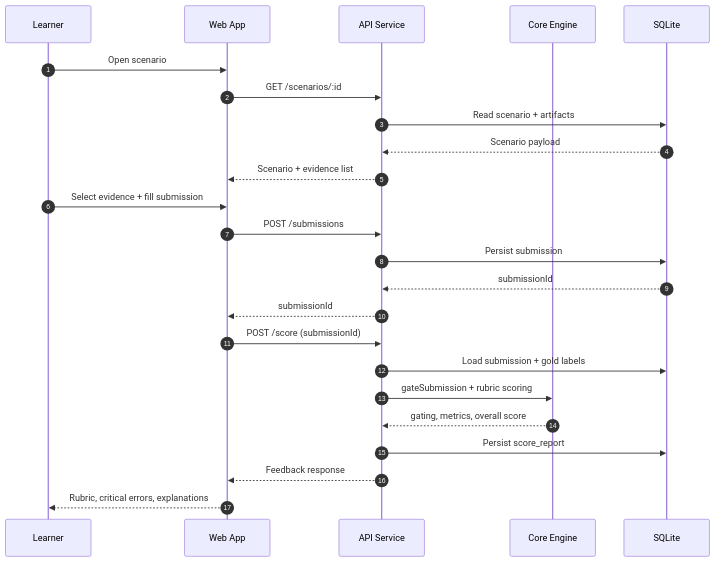
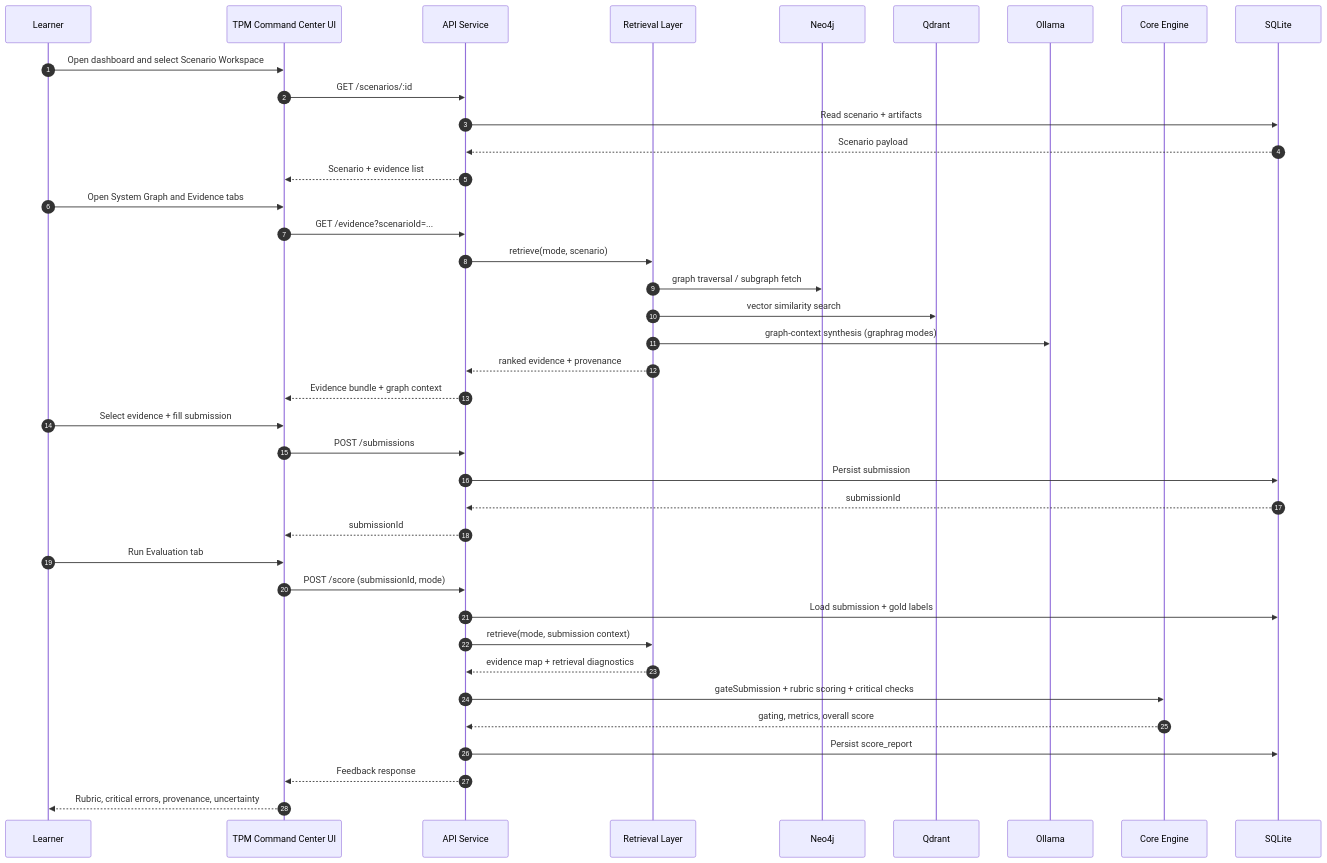
Before and after one commit to asharma3084/OmniMentor-Learning-Platform: the second of 3 diagrams in docs/architecture.md, drawn with Mermaid. The commit also changed other lines of this file and 10 other files, not shown here.

Commit message:
Align command-center UI and architecture with proposal-ready A+ freeze scope

````diff
--- a/docs/architecture.md
+++ b/docs/architecture.md
@@ -79,30 +116,46 @@
 ```mermaid
 sequenceDiagram
   autonumber
   participant L as Learner
-  participant UI as Web App
+  participant UI as TPM Command Center UI
   participant API as API Service
+  participant RET as Retrieval Layer
+  participant NEO as Neo4j
+  participant QD as Qdrant
+  participant OLL as Ollama
   participant CORE as Core Engine
   participant DB as SQLite
 
-  L->>UI: Open scenario
+  L->>UI: Open dashboard and select Scenario Workspace
   UI->>API: GET /scenarios/:id
   API->>DB: Read scenario + artifacts
   DB-->>API: Scenario payload
   API-->>UI: Scenario + evidence list
+
+  L->>UI: Open System Graph and Evidence tabs
+  UI->>API: GET /evidence?scenarioId=...
+  API->>RET: retrieve(mode, scenario)
+  RET->>NEO: graph traversal / subgraph fetch
+  RET->>QD: vector similarity search
+  RET->>OLL: graph-context synthesis (graphrag modes)
+  RET-->>API: ranked evidence + provenance
+  API-->>UI: Evidence bundle + graph context
 
   L->>UI: Select evidence + fill submission
   UI->>API: POST /submissions
   API->>DB: Persist submission
   DB-->>API: submissionId
   API-->>UI: submissionId
 
-  UI->>API: POST /score (submissionId)
+  L->>UI: Run Evaluation tab
+  UI->>API: POST /score (submissionId, mode)
   API->>DB: Load submission + gold labels
-  API->>CORE: gateSubmission + rubric scoring
+  API->>RET: retrieve(mode, submission context)
+  RET-->>API: evidence map + retrieval diagnostics
+  API->>CORE: gateSubmission + rubric scoring + critical checks
   CORE-->>API: gating, metrics, overall score
   API->>DB: Persist score_report
   API-->>UI: Feedback response
 
-  UI-->>L: Rubric, critical errors, explanations
+  UI-->>L: Rubric, critical errors, provenance, uncertainty
 ```
````
